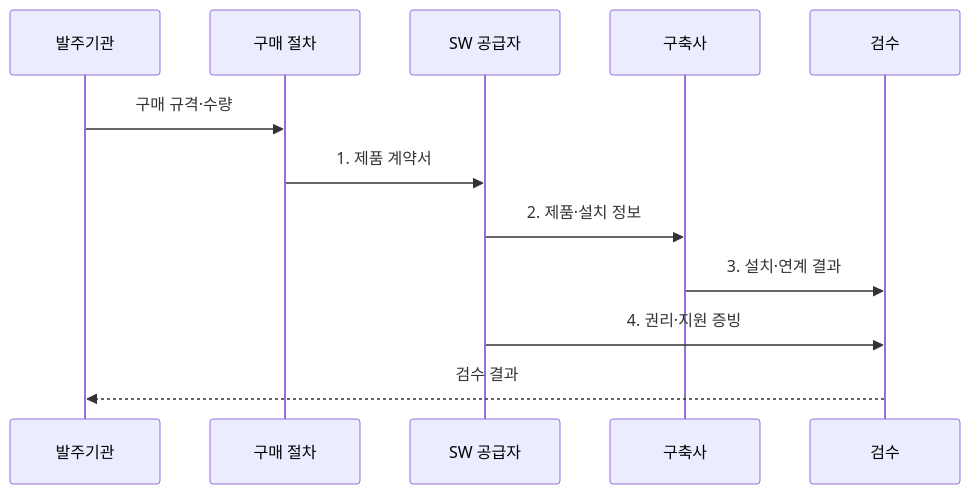
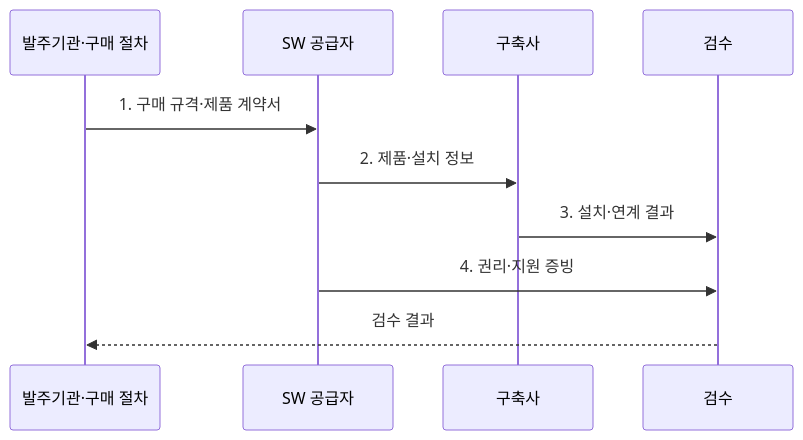
Before and after one commit to agnusdei1207/knowledge-base: the second of 2 diagrams in src/content/docs/notes/03-software/193_sw_direct_purchase.md, drawn with Mermaid. The commit also changed 9 other files, not shown here.

Commit message:
Focus governance and assurance diagrams

````diff
--- a/src/content/docs/notes/03-software/193_sw_direct_purchase.md
+++ b/src/content/docs/notes/03-software/193_sw_direct_purchase.md
@@ -96,14 +96,12 @@
 ```mermaid
 sequenceDiagram
-    participant O as 발주기관
-    participant P as 구매 절차
+    participant O as 발주기관·구매 절차
     participant S as SW 공급자
     participant I as 구축사
     participant A as 검수
-    O->>P: 구매 규격·수량
-    P->>S: 1. 제품 계약서
+    O->>S: 1. 구매 규격·제품 계약서
     S->>I: 2. 제품·설치 정보
     I->>A: 3. 설치·연계 결과
     S->>A: 4. 권리·지원 증빙
     A-->>O: 검수 결과
 ```
````
